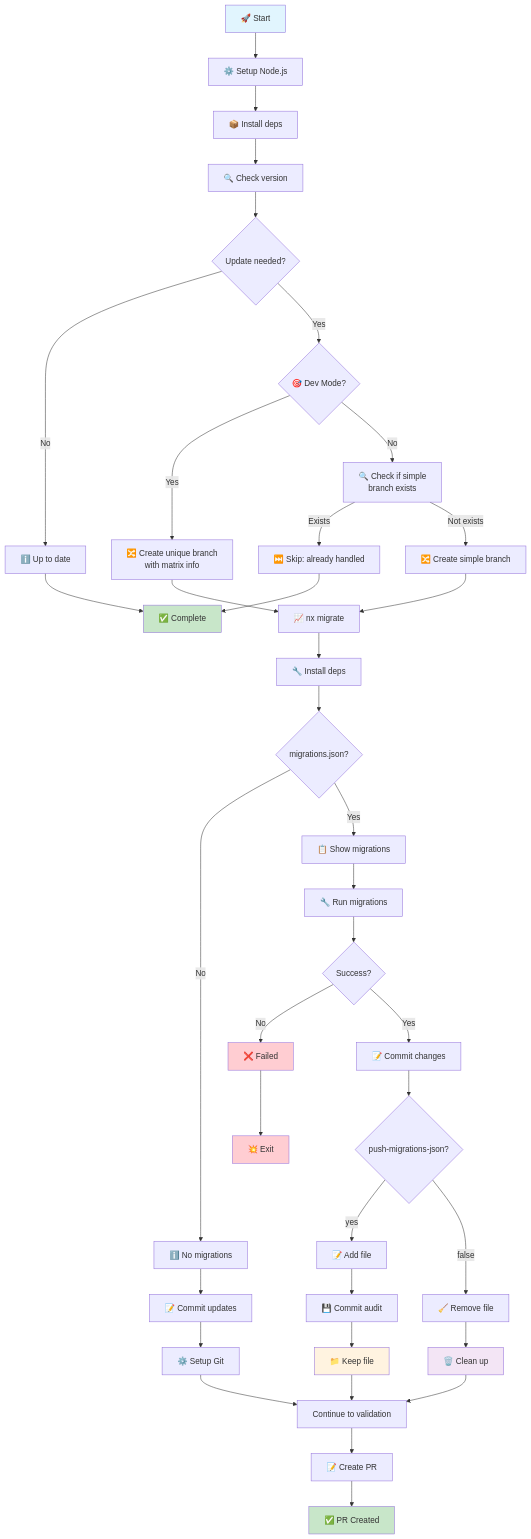
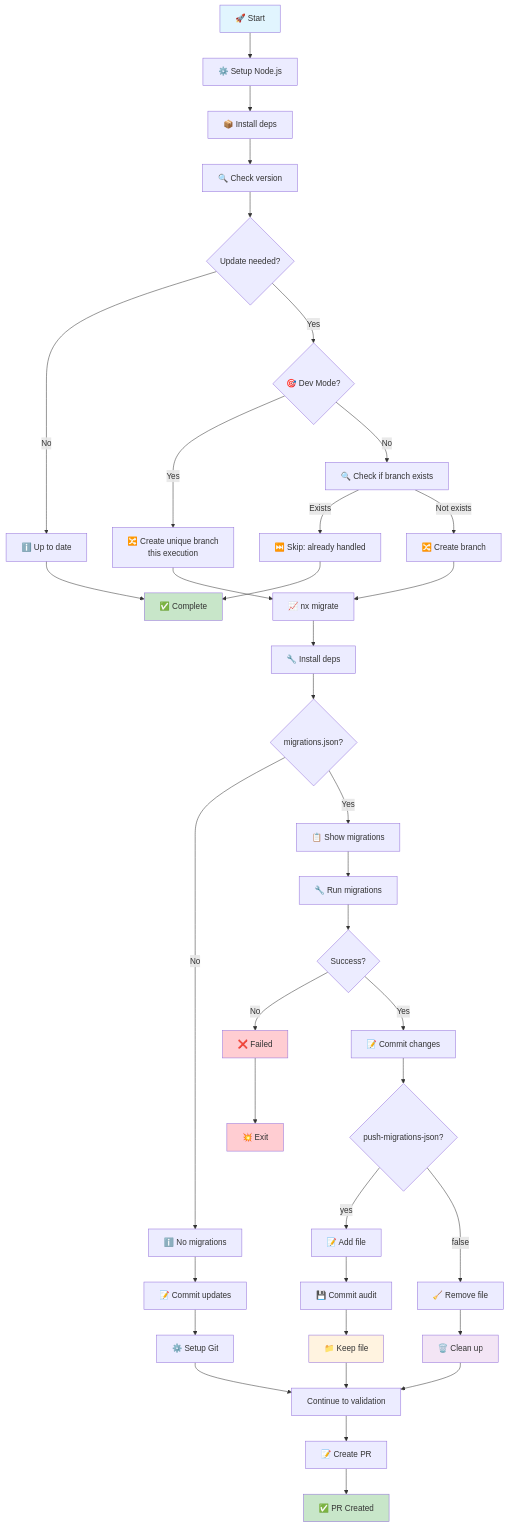
The diagram in docs/migration-flow.md (gridatek/nx-migrate-action), drawn with Mermaid before and after one commit. The commit also changed other lines of this file and 1 other file, not shown here.

````diff
--- a/docs/migration-flow.md
+++ b/docs/migration-flow.md
@@ -7,56 +7,56 @@
 ```mermaid
 flowchart TD
     A[🚀 Start] --> B[⚙️ Setup Node.js]
     B --> C[📦 Install deps]
     C --> D[🔍 Check version]
     D --> E{Update needed?}
 
     E -->|No| F[ℹ️ Up to date]
     F --> G[✅ Complete]
 
     E -->|Yes| H1{🎯 Dev Mode?}
-    H1 -->|Yes| H2[🔀 Create unique branch<br/>with matrix info]
-    H1 -->|No| H3[🔍 Check if simple<br/>branch exists]
+    H1 -->|Yes| H2[🔀 Create unique branch<br/>this execution]
+    H1 -->|No| H3[🔍 Check if branch exists]
     H3 -->|Exists| H4[⏭️ Skip: already handled]
     H4 --> G
-    H3 -->|Not exists| H5[🔀 Create simple branch]
+    H3 -->|Not exists| H5[🔀 Create branch]
     H2 --> H[📈 nx migrate]
     H5 --> H
     H --> I[🔧 Install deps]
     I --> J{migrations.json?}
 
     J -->|No| K[ℹ️ No migrations]
     K --> L[📝 Commit updates]
     L --> M[⚙️ Setup Git]
     M --> N[Continue to validation]
 
     J -->|Yes| O[📋 Show migrations]
     O --> P[🔧 Run migrations]
     P --> Q{Success?}
 
     Q -->|No| R[❌ Failed]
     R --> S[💥 Exit]
 
     Q -->|Yes| T[📝 Commit changes]
     T --> U{push-migrations-json?}
 
     U -->|yes| V[📝 Add file]
     V --> W[💾 Commit audit]
     W --> X[📁 Keep file]
     X --> N
 
     U -->|false| Y[🧹 Remove file]
     Y --> Z[🗑️ Clean up]
     Z --> N
 
     N --> AF[📝 Create PR]
     AF --> AH[✅ PR Created]
 
     style A fill:#e1f5fe
     style G fill:#c8e6c9
     style AH fill:#c8e6c9
     style S fill:#ffcdd2
     style R fill:#ffcdd2
     style X fill:#fff3e0
     style Z fill:#f3e5f5
 ```
````
